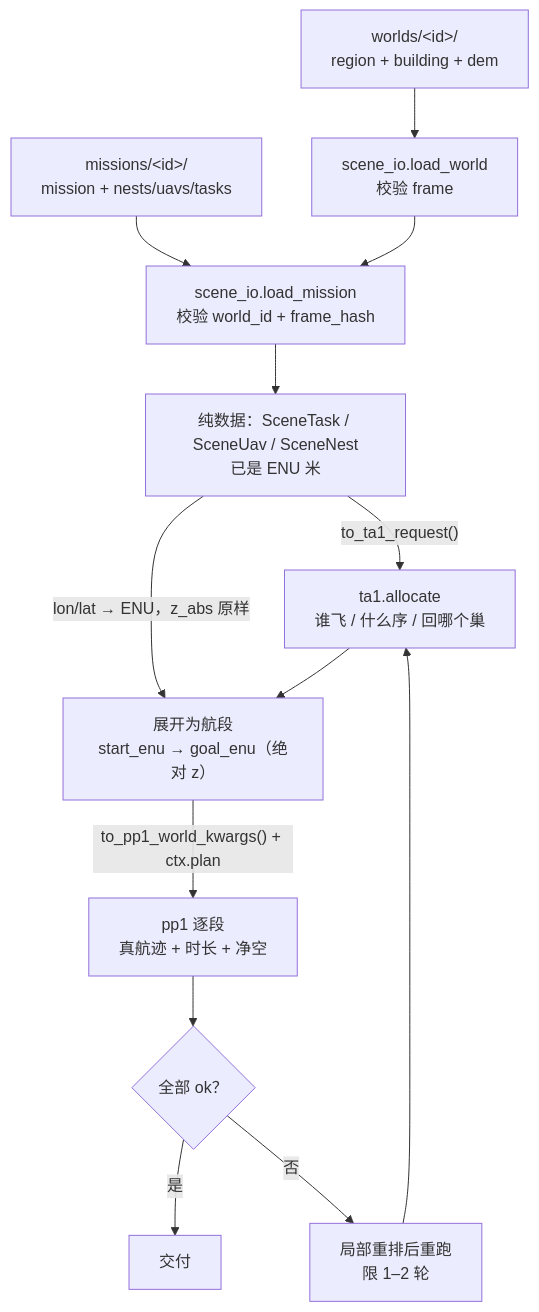
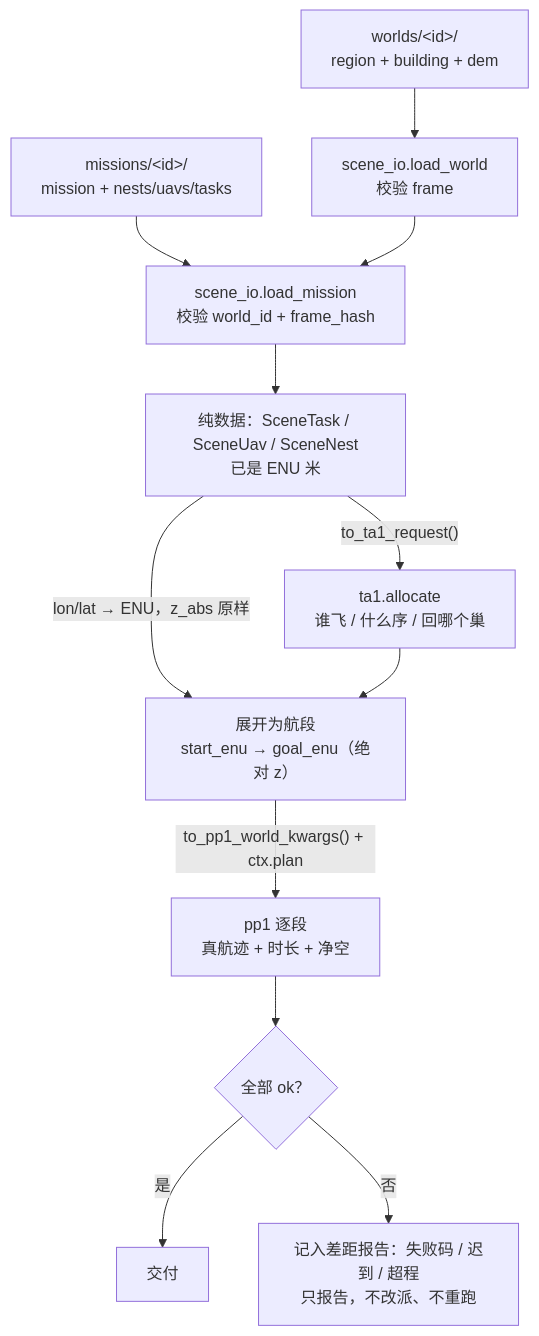
One commit to 909347194/06project-for-uav changed the diagram in docs/0数据准备与处理.md. Above: the diagram before and after it, drawn with Mermaid. The commit also changed other lines of this file and 6 other files, not shown here.

````diff
--- a/docs/0数据准备与处理.md
+++ b/docs/0数据准备与处理.md
@@ -580,15 +614,14 @@
 ```mermaid
 flowchart TD
     W["worlds/&lt;id&gt;/<br/>region + building + dem"] --> LW["scene_io.load_world<br/>校验 frame"]
     M["missions/&lt;id&gt;/<br/>mission + nests/uavs/tasks"] --> LM["scene_io.load_mission<br/>校验 world_id + frame_hash"]
     LW --> LM
     LM --> P["纯数据：SceneTask / SceneUav / SceneNest<br/>已是 ENU 米"]
     P -->|"to_ta1_request()"| E["ta1.allocate<br/>谁飞 / 什么序 / 回哪个巢"]
     P -->|"lon/lat → ENU，z_abs 原样"| G["展开为航段<br/>start_enu → goal_enu（绝对 z）"]
     E --> G
     G -->|"to_pp1_world_kwargs() + ctx.plan"| H["pp1 逐段<br/>真航迹 + 时长 + 净空"]
     H --> I{"全部 ok？"}
     I -->|"是"| J["交付"]
-    I -->|"否"| K["局部重排后重跑<br/>限 1–2 轮"]
-    K --> E
+    I -->|"否"| K["记入差距报告：失败码 / 迟到 / 超程<br/>只报告，不改派、不重跑"]
 ```
````
